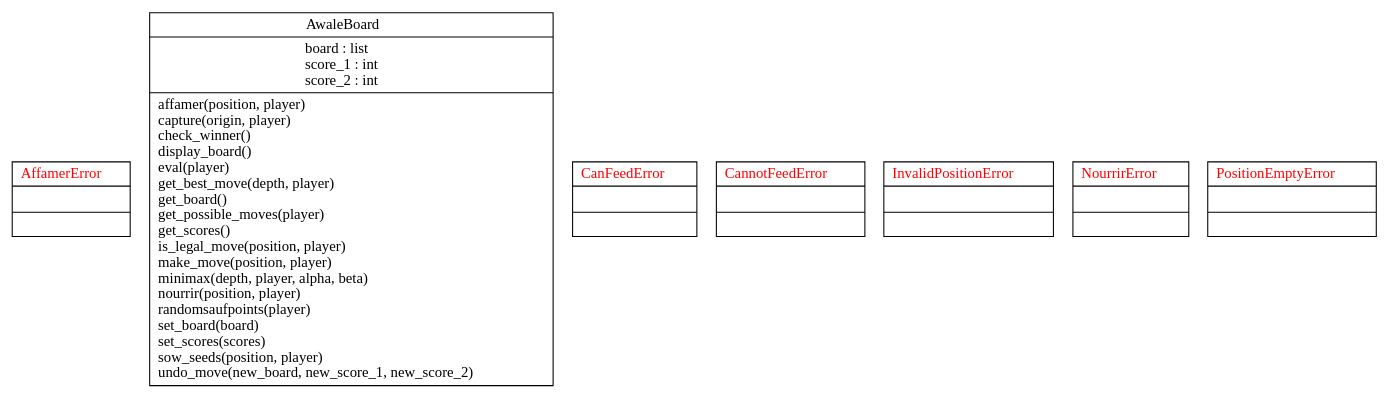
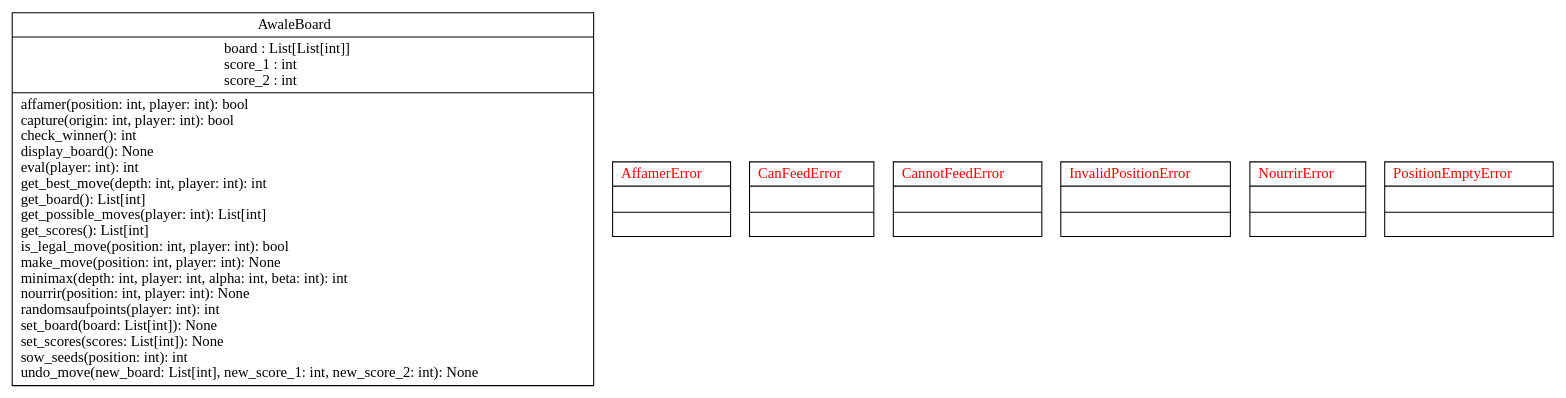
Before and after one commit to Ivan23BG/hex-et-combinatoires: the diagram in src/main/game_logic/awalegame/board/classes_Awale.dot, drawn with Graphviz. The commit also changed 1 other file, not shown here.

Commit message:
update awale uml

```diff
--- a/src/main/game_logic/awalegame/board/classes_Awale.dot
+++ b/src/main/game_logic/awalegame/board/classes_Awale.dot
@@ -1,11 +1,11 @@
-digraph "classes_ProjectName" {
+digraph "classes_Awale" {
 rankdir=BT
 charset="utf-8"
+"awaleboard.AwaleBoard" [color="black", fontcolor="black", label=<{AwaleBoard|board : List[List[int]]<br ALIGN="LEFT"/>score_1 : int<br ALIGN="LEFT"/>score_2 : int<br ALIGN="LEFT"/>|affamer(position: int, player: int): bool<br ALIGN="LEFT"/>capture(origin: int, player: int): bool<br ALIGN="LEFT"/>check_winner(): int<br ALIGN="LEFT"/>display_board(): None<br ALIGN="LEFT"/>eval(player: int): int<br ALIGN="LEFT"/>get_best_move(depth: int, player: int): int<br ALIGN="LEFT"/>get_board(): List[int]<br ALIGN="LEFT"/>get_possible_moves(player: int): List[int]<br ALIGN="LEFT"/>get_scores(): List[int]<br ALIGN="LEFT"/>is_legal_move(position: int, player: int): bool<br ALIGN="LEFT"/>make_move(position: int, player: int): None<br ALIGN="LEFT"/>minimax(depth: int, player: int, alpha: int, beta: int): int<br ALIGN="LEFT"/>nourrir(position: int, player: int): None<br ALIGN="LEFT"/>randomsaufpoints(player: int): int<br ALIGN="LEFT"/>set_board(board: List[int]): None<br ALIGN="LEFT"/>set_scores(scores: List[int]): None<br ALIGN="LEFT"/>sow_seeds(position: int): int<br ALIGN="LEFT"/>undo_move(new_board: List[int], new_score_1: int, new_score_2: int): None<br ALIGN="LEFT"/>}>, shape="record", style="solid"];
 "awaleboard.AffamerError" [color="black", fontcolor="red", label=<{AffamerError|<br ALIGN="LEFT"/>|}>, shape="record", style="solid"];
-"awaleboard.AwaleBoard" [color="black", fontcolor="black", label=<{AwaleBoard|board : list<br ALIGN="LEFT"/>score_1 : int<br ALIGN="LEFT"/>score_2 : int<br ALIGN="LEFT"/>|affamer(position, player)<br ALIGN="LEFT"/>capture(origin, player)<br ALIGN="LEFT"/>check_winner()<br ALIGN="LEFT"/>display_board()<br ALIGN="LEFT"/>eval(player)<br ALIGN="LEFT"/>get_best_move(depth, player)<br ALIGN="LEFT"/>get_board()<br ALIGN="LEFT"/>get_possible_moves(player)<br ALIGN="LEFT"/>get_scores()<br ALIGN="LEFT"/>is_legal_move(position, player)<br ALIGN="LEFT"/>make_move(position, player)<br ALIGN="LEFT"/>minimax(depth, player, alpha, beta)<br ALIGN="LEFT"/>nourrir(position, player)<br ALIGN="LEFT"/>randomsaufpoints(player)<br ALIGN="LEFT"/>set_board(board)<br ALIGN="LEFT"/>set_scores(scores)<br ALIGN="LEFT"/>sow_seeds(position, player)<br ALIGN="LEFT"/>undo_move(new_board, new_score_1, new_score_2)<br ALIGN="LEFT"/>}>, shape="record", style="solid"];
 "awaleboard.CanFeedError" [color="black", fontcolor="red", label=<{CanFeedError|<br ALIGN="LEFT"/>|}>, shape="record", style="solid"];
 "awaleboard.CannotFeedError" [color="black", fontcolor="red", label=<{CannotFeedError|<br ALIGN="LEFT"/>|}>, shape="record", style="solid"];
 "awaleboard.InvalidPositionError" [color="black", fontcolor="red", label=<{InvalidPositionError|<br ALIGN="LEFT"/>|}>, shape="record", style="solid"];
 "awaleboard.NourrirError" [color="black", fontcolor="red", label=<{NourrirError|<br ALIGN="LEFT"/>|}>, shape="record", style="solid"];
 "awaleboard.PositionEmptyError" [color="black", fontcolor="red", label=<{PositionEmptyError|<br ALIGN="LEFT"/>|}>, shape="record", style="solid"];
 }
```
